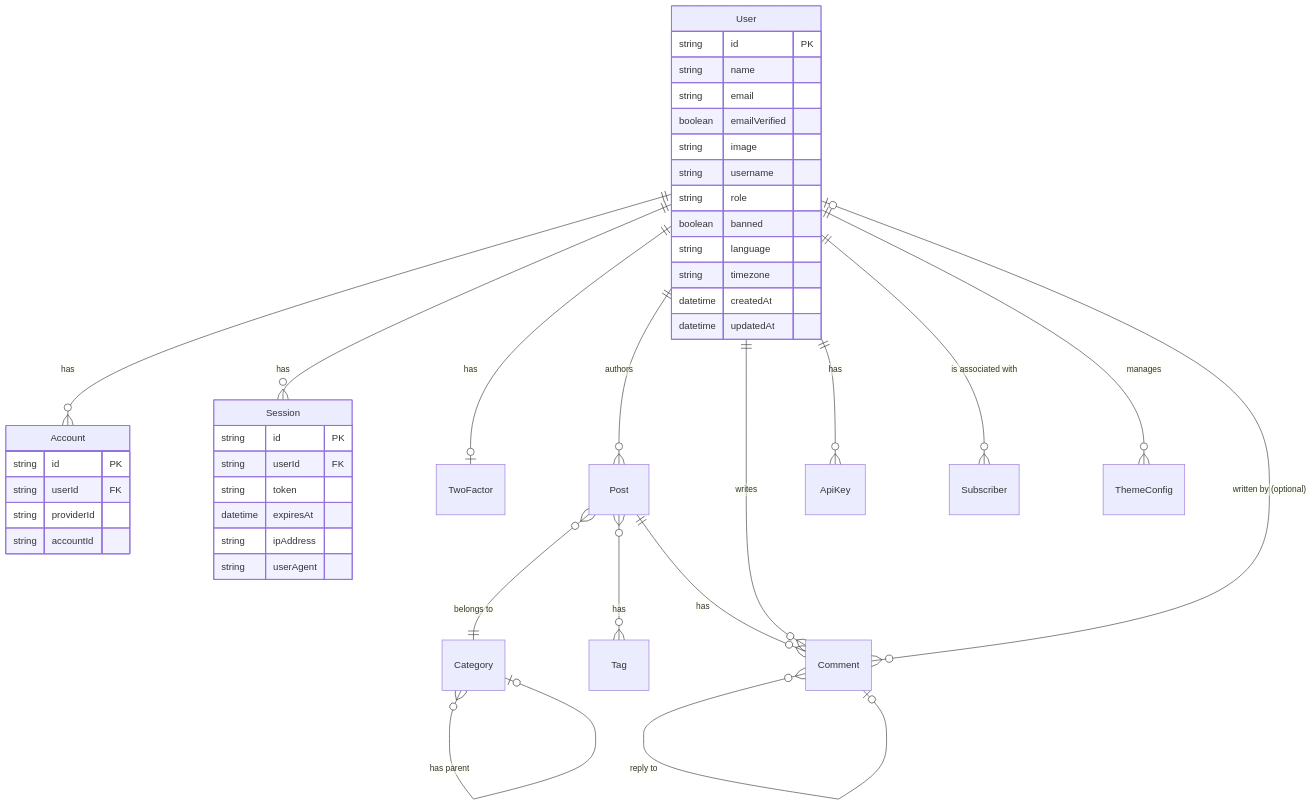
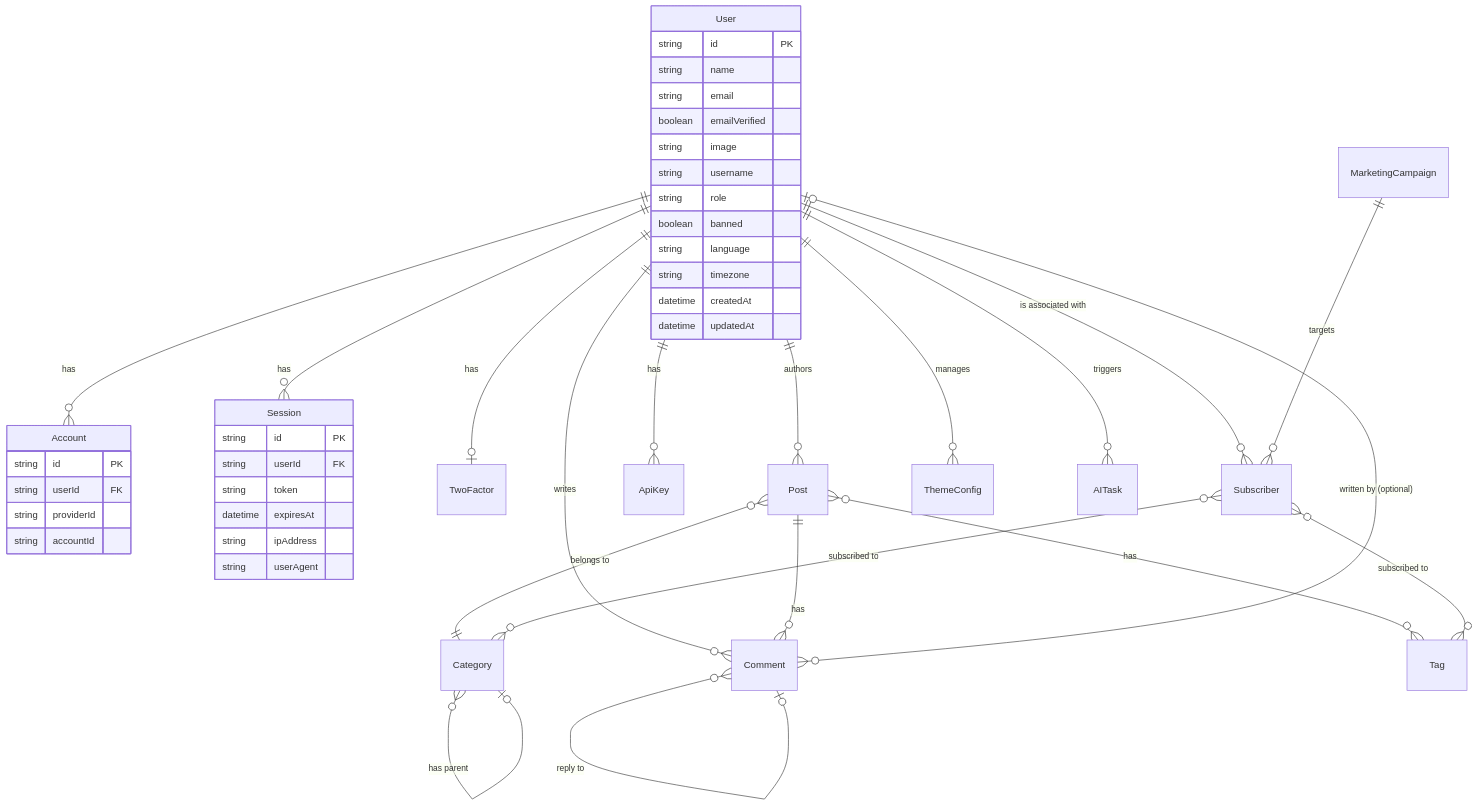
One commit to CaoMeiYouRen/momei changed the diagram in docs/design/database.md. Above: the diagram before and after it, drawn with Mermaid. The commit also changed other lines of this file and 4 other files, not shown here.

````diff
--- a/docs/design/database.md
+++ b/docs/design/database.md
@@ -9,48 +9,52 @@
 ```mermaid
 erDiagram
     User ||--o{ Account : "has"
     User ||--o{ Session : "has"
     User ||--o| TwoFactor : "has"
     User ||--o{ Post : "authors"
     User ||--o{ Comment : "writes"
     User ||--o{ ApiKey : "has"
     User ||--o{ Subscriber : "is associated with"
     Post }o--|| Category : "belongs to"
     Post }o--o{ Tag : "has"
     Post ||--o{ Comment : "has"
     Comment }o--o| User : "written by (optional)"
     Comment }o--o| Comment : "reply to"
     Category }o--o| Category : "has parent"
     User ||--o{ ThemeConfig : "manages"
+    User ||--o{ AITask : "triggers"
+    MarketingCampaign ||--o{ Subscriber : "targets"
+    Subscriber }o--o{ Category : "subscribed to"
+    Subscriber }o--o{ Tag : "subscribed to"
 
     User {
         string id PK
         string name
         string email
         boolean emailVerified
         string image
         string username
         string role
         boolean banned
         string language
         string timezone
         datetime createdAt
         datetime updatedAt
     }
 
     Account {
         string id PK
         string userId FK
         string providerId
         string accountId
     }
 
     Session {
         string id PK
         string userId FK
         string token
         datetime expiresAt
         string ipAddress
         string userAgent
     }
 ```
````
